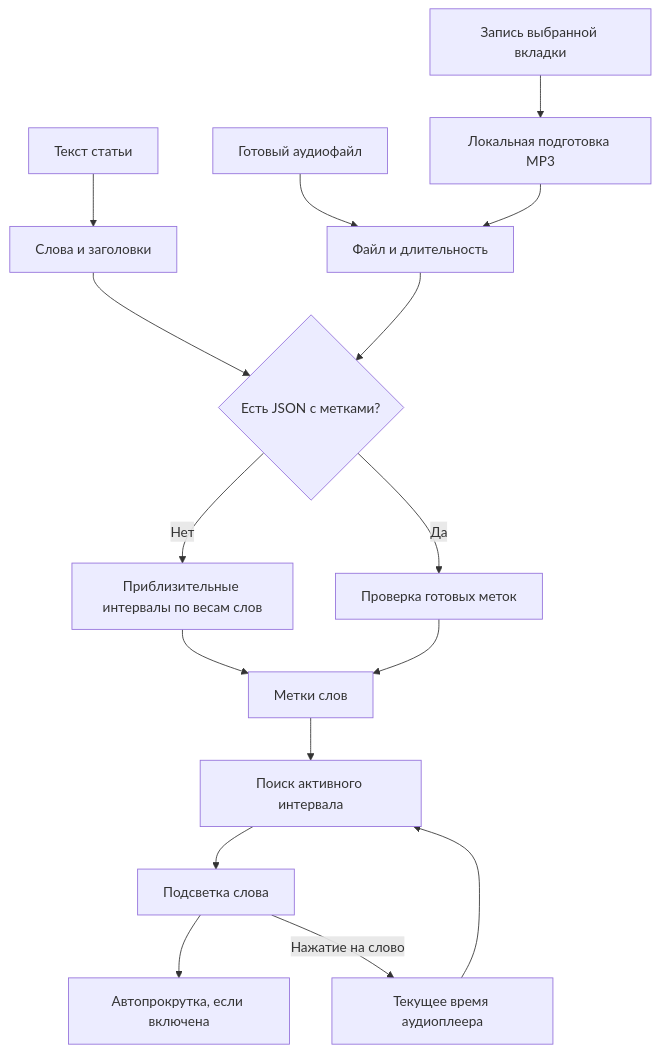
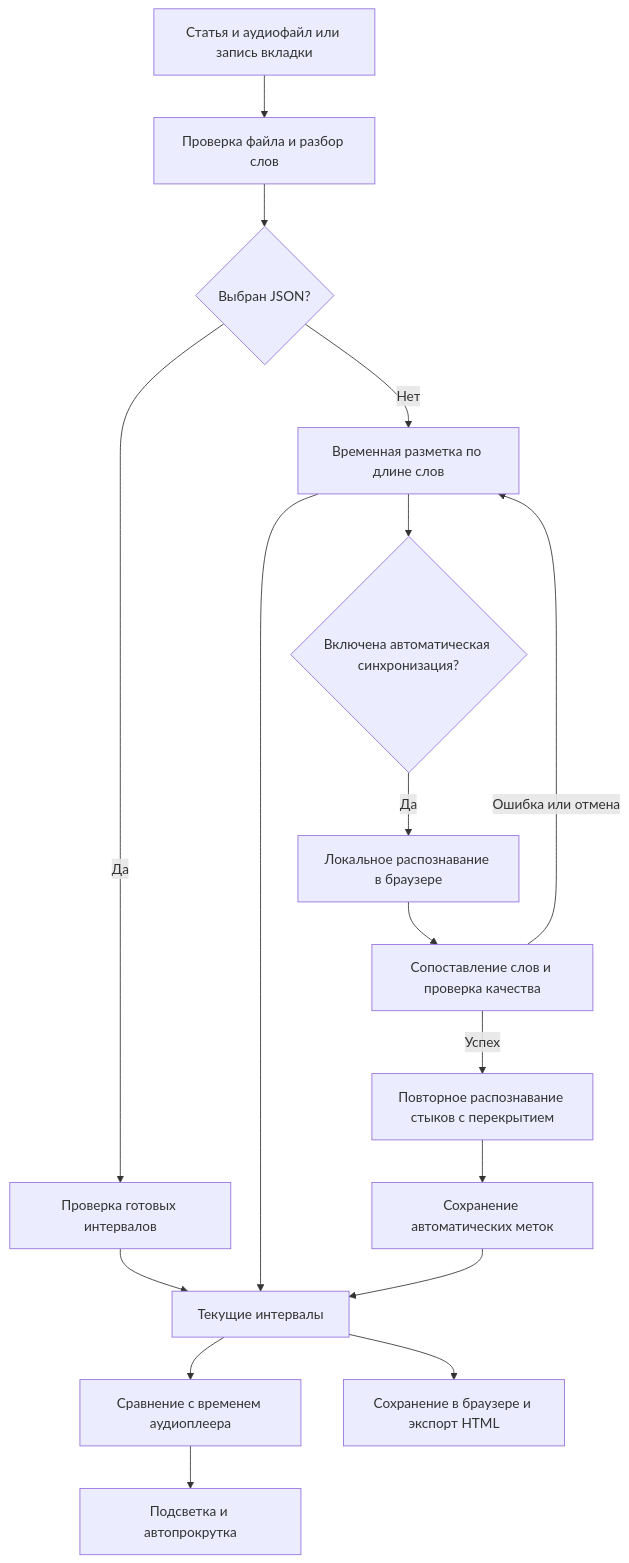
Before and after one commit to sefga/SmartReader: the diagram in app/docs/synchronization.md, drawn with Mermaid. The commit also changed other lines of this file and 15 other files, not shown here.

````diff
--- a/app/docs/synchronization.md
+++ b/app/docs/synchronization.md
@@ -60,18 +42,19 @@
 ```mermaid
 flowchart TD
-    A[Текст статьи] --> B[Слова и заголовки]
-    C[Готовый аудиофайл] --> E[Файл и длительность]
-    D[Запись выбранной вкладки] --> N[Локальная подготовка MP3]
-    N --> E
-    B --> F{Есть JSON с метками?}
-    E --> F
-    F -->|Нет| G[Приблизительные интервалы по весам слов]
-    F -->|Да| H[Проверка готовых меток]
-    G --> I[Метки слов]
-    H --> I
-    J[Текущее время аудиоплеера] --> K[Поиск активного интервала]
-    I --> K
-    K --> L[Подсветка слова]
-    L --> M[Автопрокрутка, если включена]
-    L -->|Нажатие на слово| J
+    A[Статья и аудиофайл или запись вкладки] --> B[Проверка файла и разбор слов]
+    B --> C{Выбран JSON?}
+    C -->|Да| D[Проверка готовых интервалов]
+    C -->|Нет| E[Временная разметка по длине слов]
+    E --> F{Включена автоматическая синхронизация?}
+    F -->|Да| G[Локальное распознавание в браузере]
+    G --> H[Сопоставление слов и проверка качества]
+    H -->|Успех| N[Повторное распознавание стыков с перекрытием]
+    N --> I[Сохранение автоматических меток]
+    H -->|Ошибка или отмена| E
+    D --> J[Текущие интервалы]
+    E --> J
+    I --> J
+    J --> K[Сравнение с временем аудиоплеера]
+    K --> L[Подсветка и автопрокрутка]
+    J --> M[Сохранение в браузере и экспорт HTML]
 ```
````
